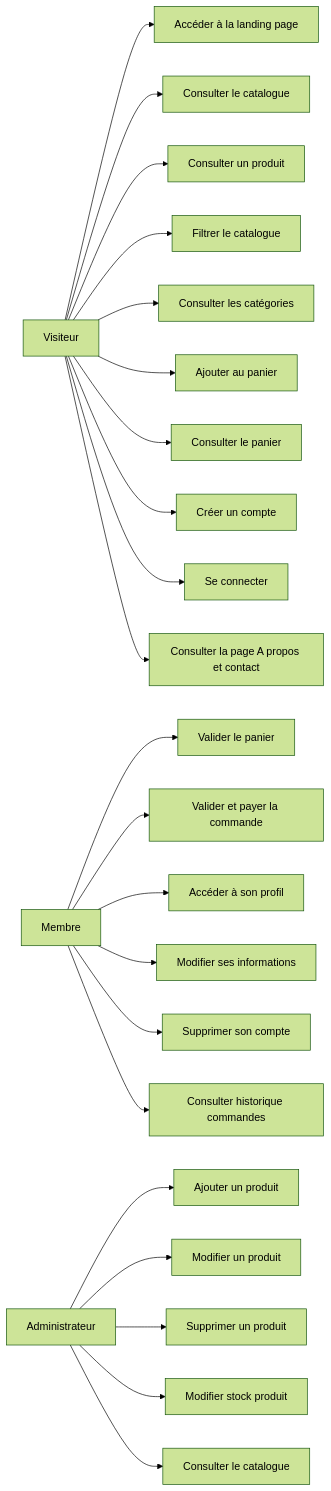
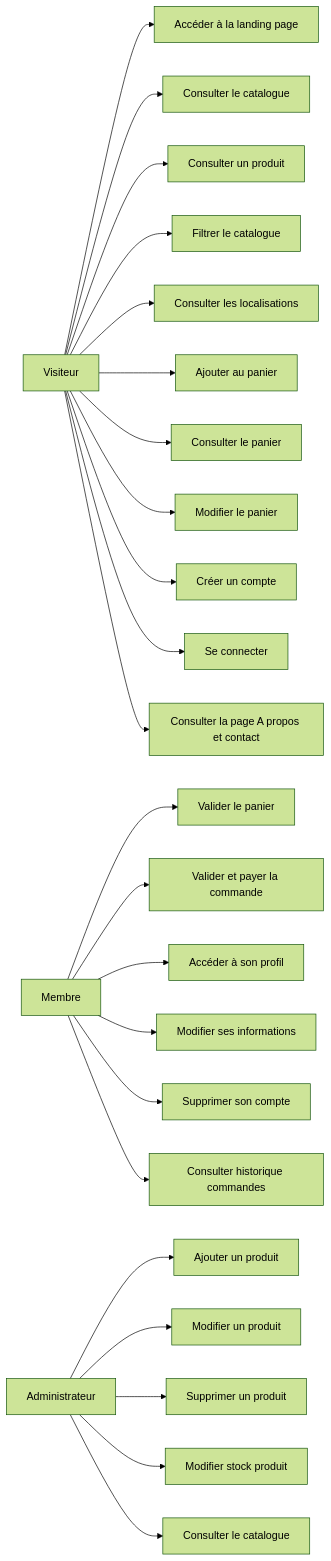
The diagram in conception/use_cases/mermaid/use_cases.md (ChloeGarciaMillerand/GreenRoots_Freyja), drawn with Mermaid (forest theme) before and after one commit.

Commit message:
update use cases

````diff
--- a/conception/use_cases/mermaid/use_cases.md
+++ b/conception/use_cases/mermaid/use_cases.md
@@ -1,29 +1,30 @@
 ```mermaid
 graph LR
     %% Visiteur non connecté
     Visiteur[Visiteur] --> UC1[Accéder à la landing page]
     Visiteur --> UC2[Consulter le catalogue]
     Visiteur --> UC3[Consulter un produit]
     Visiteur --> UC4[Filtrer le catalogue]
-    Visiteur --> UC5[Consulter les catégories]
+    Visiteur --> UC5[Consulter les localisations]
     Visiteur --> UC6[Ajouter au panier]
     Visiteur --> UC7[Consulter le panier]
+    Visiteur --> UC[Modifier le panier]
     Visiteur --> UC9[Créer un compte]
     Visiteur --> UC10[Se connecter]
     Visiteur --> UC11[Consulter la page A propos et contact]
 
     %% Membre (utilisateur connecté)
     Membre[Membre] --> UC8[Valider le panier]
     Membre --> UC12[Valider et payer la commande]
     Membre --> MC1[Accéder à son profil]
     Membre --> MC2[Modifier ses informations]
     Membre --> MC3[Supprimer son compte]
     Membre --> MC4[Consulter historique commandes]
 
     %% Administrateur
     Admin[Administrateur] --> AC1[Ajouter un produit]
     Admin --> AC2[Modifier un produit]
     Admin --> AC3[Supprimer un produit]
     Admin --> AC4[Modifier stock produit]
     Admin --> AC6[Consulter le catalogue]
 ```
````
